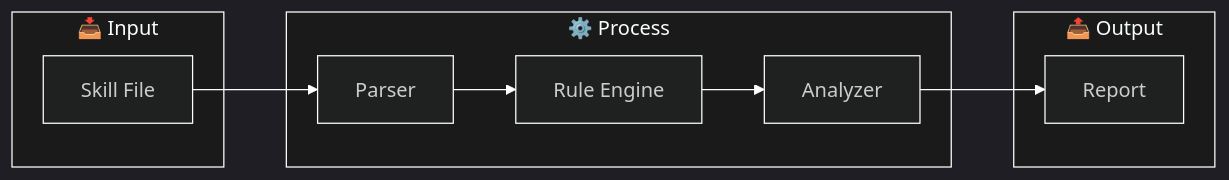
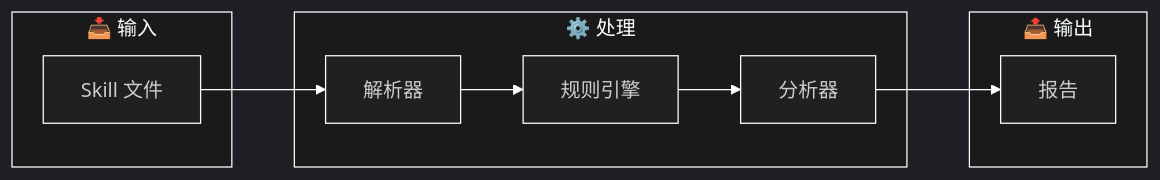
Before and after one commit to awch-D/claude-skill-auditor: the diagram in README.md, drawn with Mermaid. The commit also changed other lines of this file and 3 other files, not shown here.

````diff
--- a/README.md
+++ b/README.md
@@ -35,15 +35,15 @@
 ```mermaid
 %%{init: {'theme': 'dark', 'themeVariables': { 'primaryColor': '#000000', 'primaryTextColor': '#ffffff', 'primaryBorderColor': '#ffffff', 'lineColor': '#ffffff', 'secondaryColor': '#1a1a1a', 'background': '#000000', 'nodeBorder': '#ffffff', 'clusterBkg': '#1a1a1a', 'clusterBorder': '#ffffff'}}}%%
 flowchart LR
-    subgraph INPUT["📥 Input"]
-        A["Skill File"]
+    subgraph INPUT["📥 输入"]
+        A["Skill 文件"]
     end
-    subgraph PROCESS["⚙️ Process"]
-        B["Parser"] --> C["Rule Engine"] --> D["Analyzer"]
+    subgraph PROCESS["⚙️ 处理"]
+        B["解析器"] --> C["规则引擎"] --> D["分析器"]
     end
-    subgraph OUTPUT["📤 Output"]
-        E["Report"]
+    subgraph OUTPUT["📤 输出"]
+        E["报告"]
     end
     A --> B
     D --> E
 ```
````
